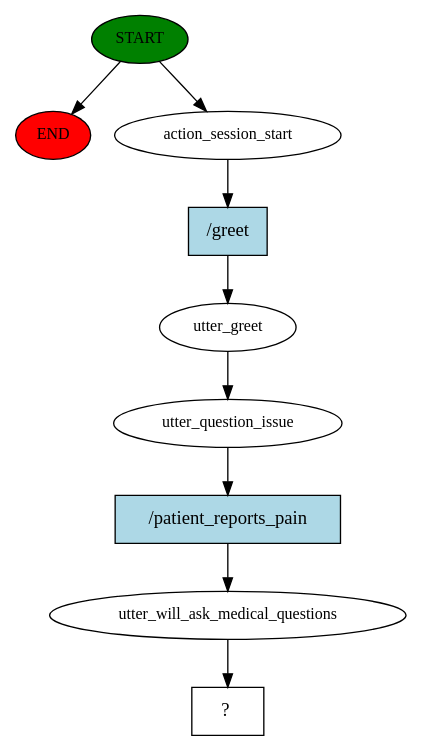
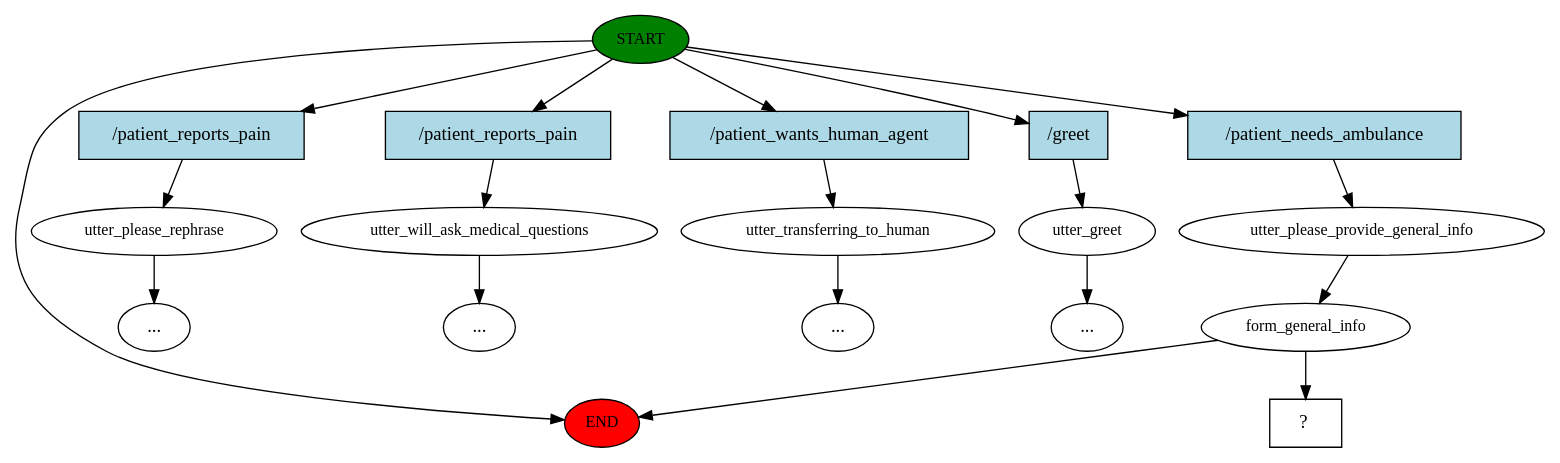
The diagram in story_graph.dot (halixness/HMD-Dispatcher), drawn with Graphviz before and after one commit. The commit also changed 4 other files, not shown here.

Commit message:
fixed medical questions erratic slot filling, implemented human interruption for medical questions form & test

```diff
--- a/story_graph.dot
+++ b/story_graph.dot
@@ -1,19 +1,38 @@
 digraph  {
 0 [class="start active", fillcolor=green, fontsize=12, label=START, style=filled];
 "-1" [class=end, fillcolor=red, fontsize=12, label=END, style=filled];
-1 [class=active, fontsize=12, label=action_session_start];
-2 [class=active, fontsize=12, label=utter_greet];
-3 [class=active, fontsize=12, label=utter_question_issue];
-4 [class=active, fontsize=12, label=utter_will_ask_medical_questions];
-5 [class="intent dashed active", label="  ?  ", shape=rect];
-6 [class="intent active", fillcolor=lightblue, label="/greet", shape=rect, style=filled];
-7 [class="intent active", fillcolor=lightblue, label="/patient_reports_pain", shape=rect, style=filled];
+1 [class="", fontsize=12, label=utter_please_rephrase];
+"-3" [class=ellipsis, label="..."];
+2 [class="", fontsize=12, label=utter_will_ask_medical_questions];
+"-4" [class=ellipsis, label="..."];
+3 [class="", fontsize=12, label=utter_transferring_to_human];
+"-5" [class=ellipsis, label="..."];
+4 [class="", fontsize=12, label=utter_greet];
+"-7" [class=ellipsis, label="..."];
+6 [class=active, fontsize=12, label=utter_please_provide_general_info];
+7 [class=active, fontsize=12, label=form_general_info];
+10 [class="intent dashed active", label="  ?  ", shape=rect];
+11 [class=intent, fillcolor=lightblue, label="/patient_reports_pain", shape=rect, style=filled];
+12 [class=intent, fillcolor=lightblue, label="/patient_reports_pain", shape=rect, style=filled];
+13 [class=intent, fillcolor=lightblue, label="/patient_wants_human_agent", shape=rect, style=filled];
+14 [class=intent, fillcolor=lightblue, label="/greet", shape=rect, style=filled];
+15 [class="intent active", fillcolor=lightblue, label="/patient_needs_ambulance", shape=rect, style=filled];
 0 -> "-1"  [class="", key=NONE, label=""];
-0 -> 1  [class=active, key=NONE, label=""];
-1 -> 6  [class=active, key=0];
-2 -> 3  [class=active, key=NONE, label=""];
-3 -> 7  [class=active, key=0];
-4 -> 5  [class=active, key=NONE, label=""];
-6 -> 2  [class=active, key=0];
-7 -> 4  [class=active, key=0];
+0 -> 11  [class="", key=0];
+0 -> 12  [class="", key=0];
+0 -> 13  [class="", key=0];
+0 -> 14  [class="", key=0];
+0 -> 15  [class=active, key=0];
+1 -> "-3"  [class="", key=NONE, label=""];
+2 -> "-4"  [class="", key=NONE, label=""];
+3 -> "-5"  [class="", key=NONE, label=""];
+4 -> "-7"  [class="", key=NONE, label=""];
+6 -> 7  [class=active, key=NONE, label=""];
+7 -> "-1"  [class="", key=NONE, label=""];
+7 -> 10  [class=active, key=NONE, label=""];
+11 -> 1  [class="", key=0];
+12 -> 2  [class="", key=0];
+13 -> 3  [class="", key=0];
+14 -> 4  [class="", key=0];
+15 -> 6  [class=active, key=0];
 }
```
